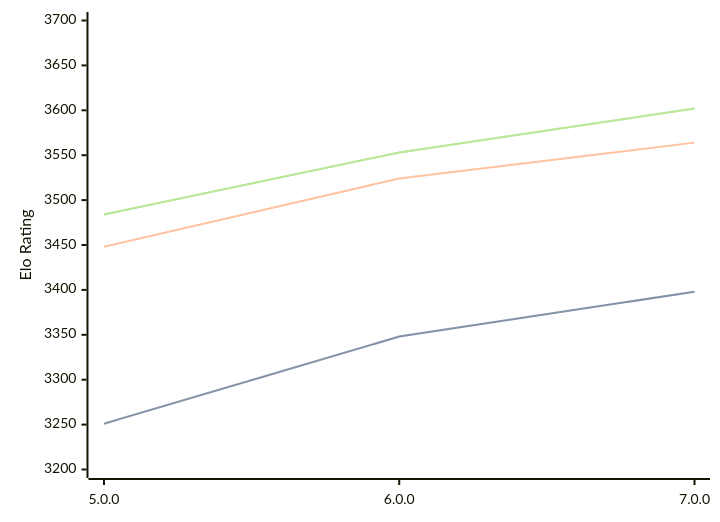
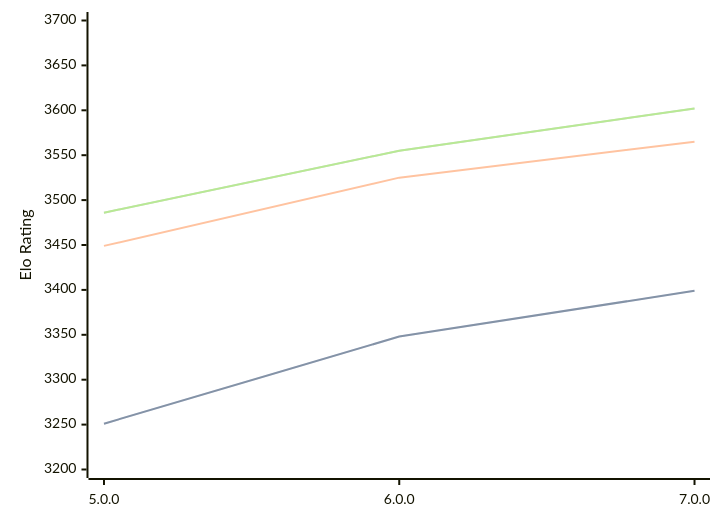
One commit to computer-chess-index/cci changed the diagram in engines/Stormphrax.md. Above: the diagram before and after it, drawn with Mermaid. The commit also changed other lines of this file, not shown here.

Commit message:
Update CCI Ratings (ELO VLTC) - 2026-05-16

````diff
--- a/engines/Stormphrax.md
+++ b/engines/Stormphrax.md
@@ -38,11 +38,11 @@
 ```mermaid
 %%{init: {"theme":"base","themeVariables":{"seriesColors:['#a3a3a3','#222221','#faa371']}}}%%
 xychart-beta
   x-axis ["5.0.0", "6.0.0", "7.0.0"]
   y-axis "Elo Rating" 3200 --> 3700
-  line "STC (8.0+0.08s)" [3251, 3348, 3398]
-  line "STC (8.0+0.08s)" [3251, 3348, 3398]
-  line "LTC (60.0+0.60s)" [3448, 3524, 3564]
-  line "VLTC (2m24s+1.12s)" [3484, 3553, 3602]
-  line "VLTC (2m24s+1.12s)" [3484, 3553, 3602]
+  line "STC (8.0+0.08s)" [3251, 3348, 3399]
+  line "STC (8.0+0.08s)" [3251, 3348, 3399]
+  line "LTC (60.0+0.60s)" [3449, 3525, 3565]
+  line "VLTC (2m24s+1.12s)" [3486, 3555, 3602]
+  line "VLTC (2m24s+1.12s)" [3486, 3555, 3602]
 ```
````
